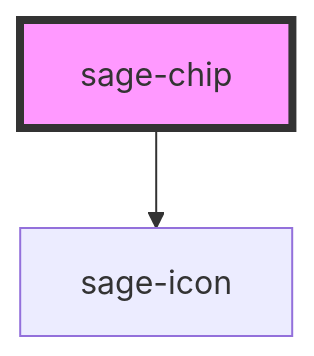
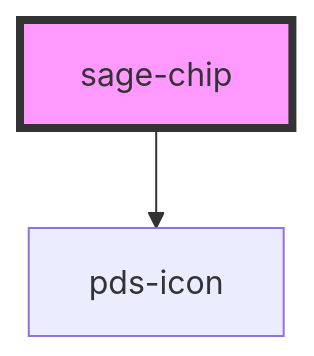
The diagram in libs/core/src/components/sage-chip/readme.md (Kajabi/pine), drawn with Mermaid before and after one commit. The commit also changed other lines of this file and 29 other files, not shown here.

Commit message:
chore: rename all things sage-icon to pds-icon

````diff
--- a/libs/core/src/components/sage-chip/readme.md
+++ b/libs/core/src/components/sage-chip/readme.md
@@ -33,5 +33,5 @@
 ```mermaid
 graph TD;
-  sage-chip --> sage-icon
+  sage-chip --> pds-icon
   style sage-chip fill:#f9f,stroke:#333,stroke-width:4px
 ```
````
